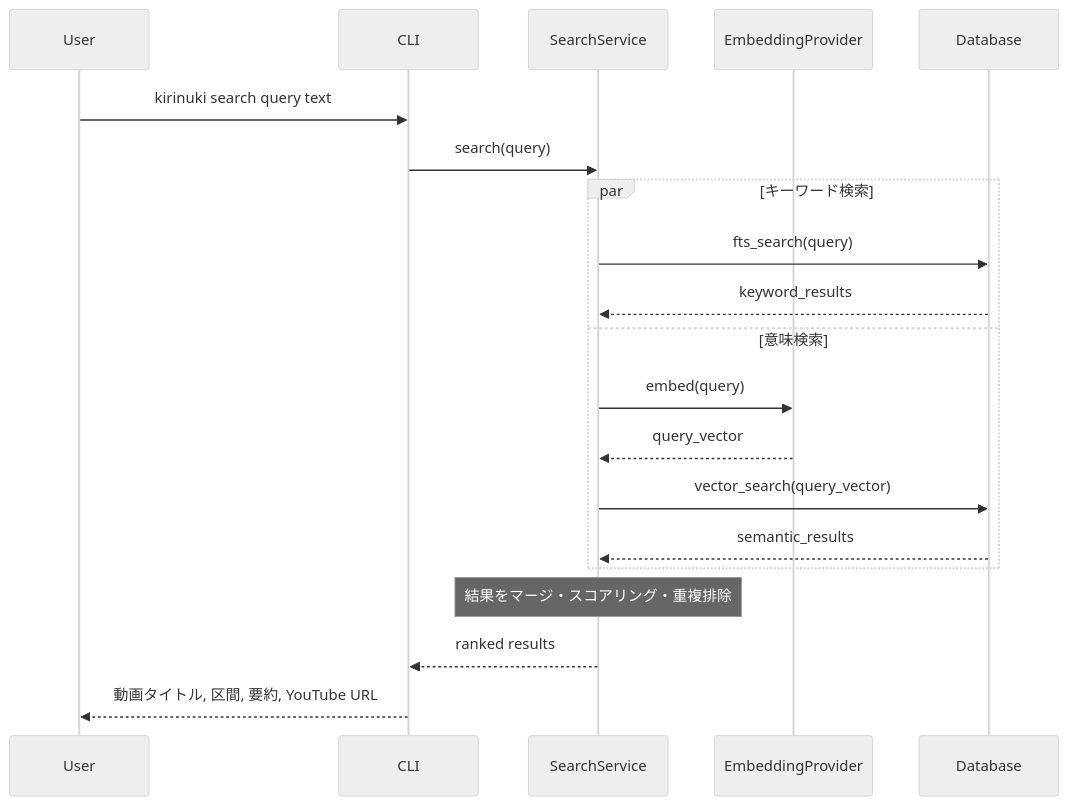
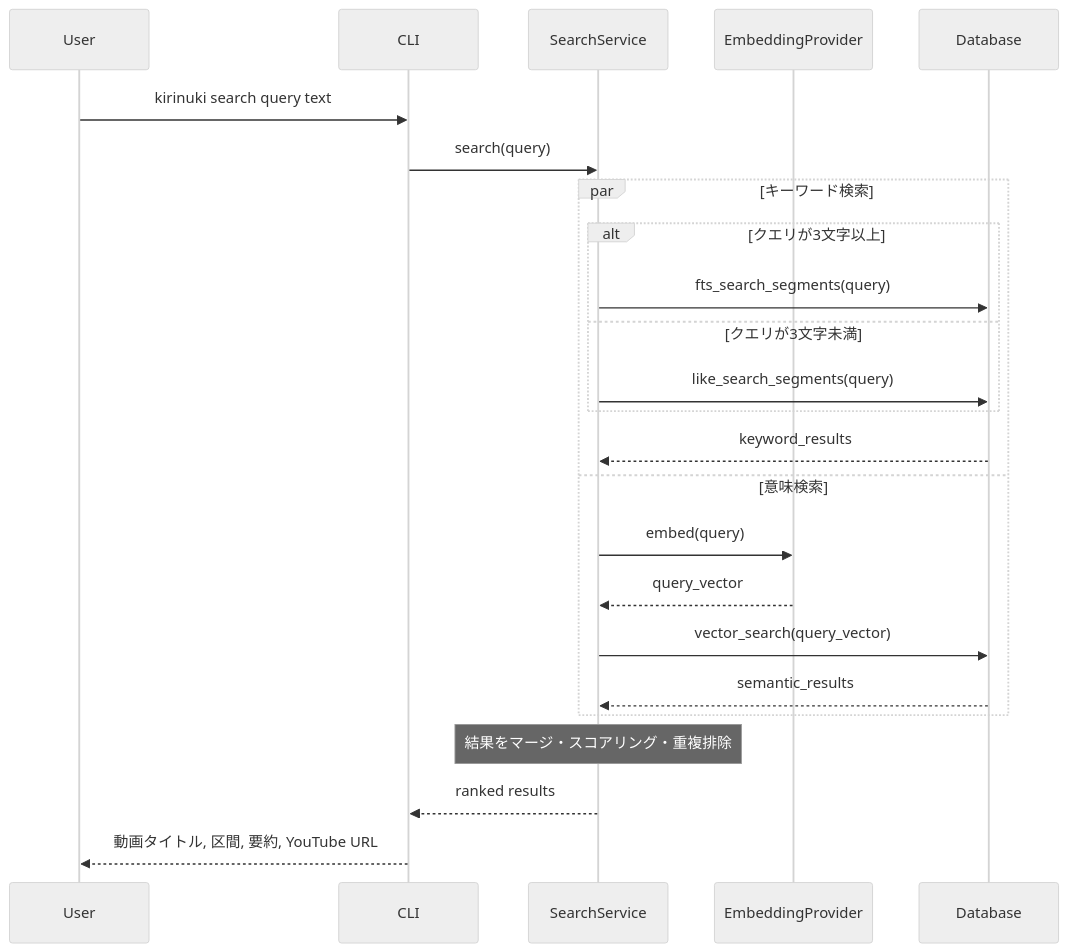
One commit to ayapi/kirinuki changed the third of 4 diagrams in .kiro/specs/youtube-live-clipper/design.md. Above: the diagram before and after it, drawn with Mermaid (neutral theme). The commit also changed 6 other files, not shown here.

````diff
--- a/.kiro/specs/youtube-live-clipper/design.md
+++ b/.kiro/specs/youtube-live-clipper/design.md
@@ -140,25 +140,29 @@
 ```mermaid
 sequenceDiagram
     participant User
     participant CLI
     participant SearchSvc as SearchService
     participant Emb as EmbeddingProvider
     participant DB as Database
 
     User->>CLI: kirinuki search query text
     CLI->>SearchSvc: search(query)
 
     par キーワード検索
-        SearchSvc->>DB: fts_search(query)
+        alt クエリが3文字以上
+            SearchSvc->>DB: fts_search_segments(query)
+        else クエリが3文字未満
+            SearchSvc->>DB: like_search_segments(query)
+        end
         DB-->>SearchSvc: keyword_results
     and 意味検索
         SearchSvc->>Emb: embed(query)
         Emb-->>SearchSvc: query_vector
         SearchSvc->>DB: vector_search(query_vector)
         DB-->>SearchSvc: semantic_results
     end
 
     Note over SearchSvc: 結果をマージ・スコアリング・重複排除
     SearchSvc-->>CLI: ranked results
     CLI-->>User: 動画タイトル, 区間, 要約, YouTube URL
 ```
````
